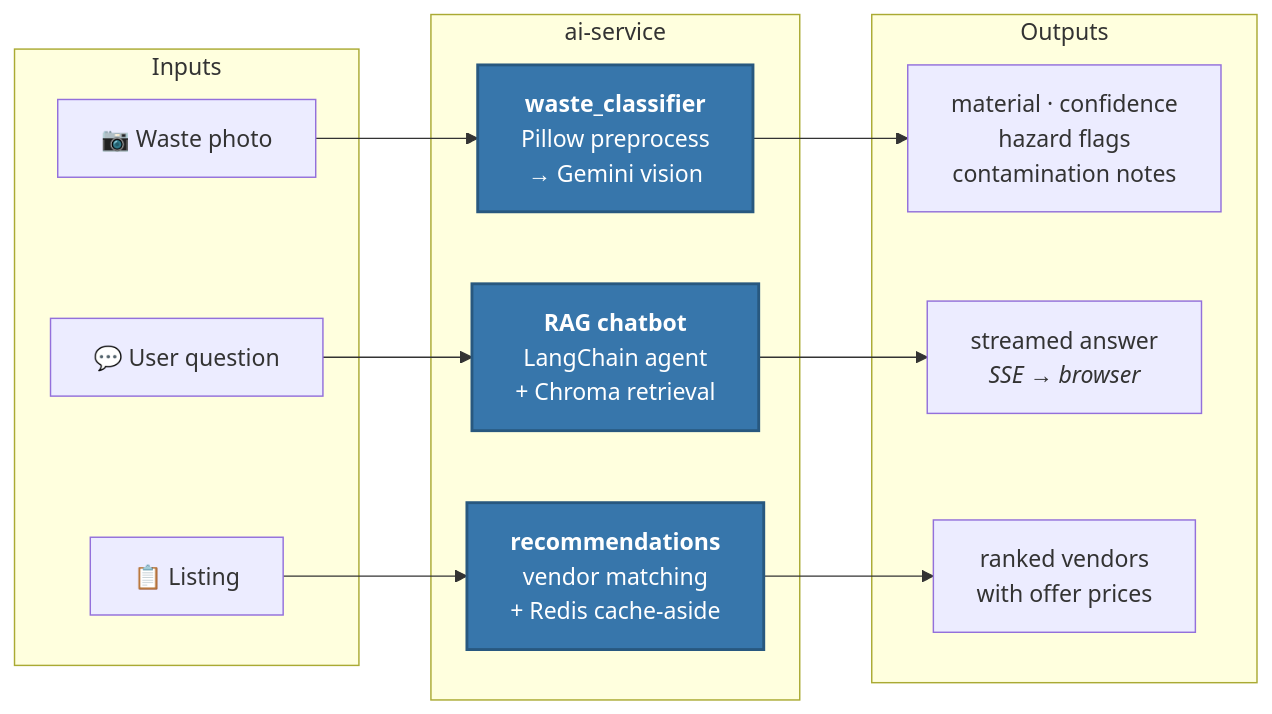
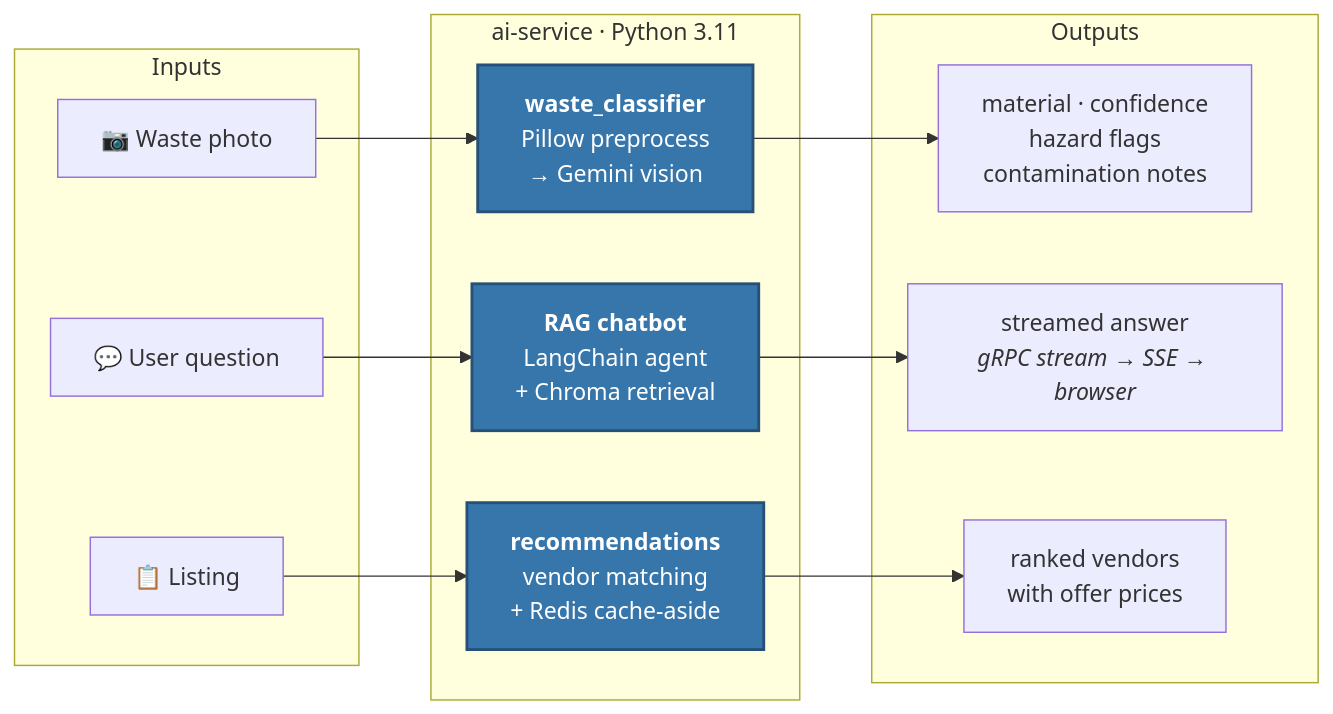
The eighth of 9 diagrams in README.md (BassilAlSafadi/Team1-Dell), drawn with Mermaid before and after one commit. The commit also changed other lines of this file, not shown here.

First line of the commit message:
Expand README: reproduce the full 8-layer architecture diagram

````diff
--- a/README.md
+++ b/README.md
@@ -407,27 +834,27 @@
 ```mermaid
 graph LR
     subgraph in["Inputs"]
         IMG["📷 Waste photo"]
         Q["💬 User question"]
         L["📋 Listing"]
     end
 
-    subgraph ai["ai-service"]
+    subgraph ai["ai-service · Python 3.11"]
         CL["<b>waste_classifier</b><br/>Pillow preprocess<br/>→ Gemini vision"]
         RAG["<b>RAG chatbot</b><br/>LangChain agent<br/>+ Chroma retrieval"]
         REC["<b>recommendations</b><br/>vendor matching<br/>+ Redis cache-aside"]
     end
 
     subgraph out["Outputs"]
         R1["material · confidence<br/>hazard flags<br/>contamination notes"]
-        R2["streamed answer<br/><i>SSE → browser</i>"]
+        R2["streamed answer<br/><i>gRPC stream → SSE → browser</i>"]
         R3["ranked vendors<br/>with offer prices"]
     end
 
     IMG --> CL --> R1
     Q --> RAG --> R2
     L --> REC --> R3
 
-    classDef box fill:#3776AB,stroke:#28587f,color:#fff,stroke-width:2px
+    classDef box fill:#3776AB,stroke:#265077,color:#fff,stroke-width:2px
     class CL,RAG,REC box
 ```
````
